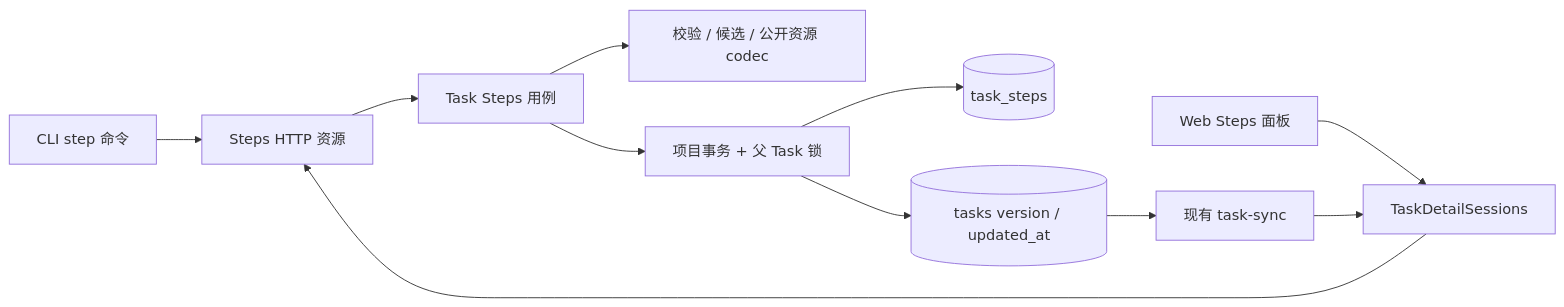
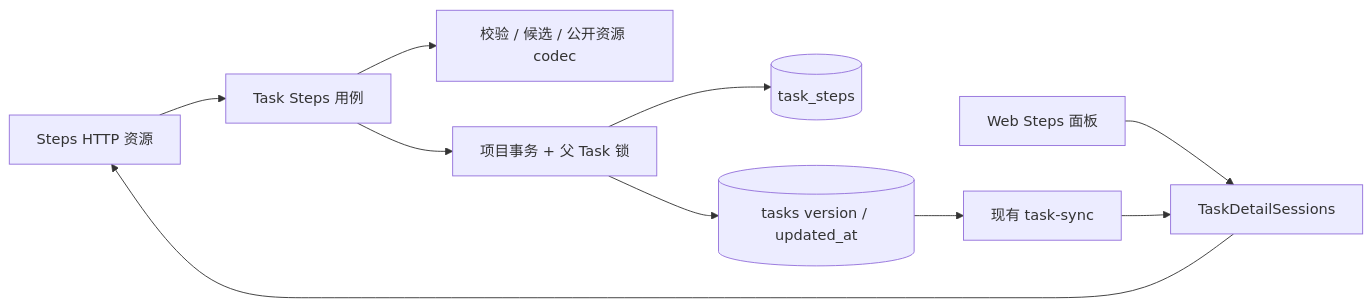
The diagram in docs/design/daynight-task-steps.md (codetreker/daynight), drawn with Mermaid before and after one commit. The commit also changed other lines of this file and 68 other files, not shown here.

First line of the commit message:
Remove CLI Task Steps commands

````diff
--- a/docs/design/daynight-task-steps.md
+++ b/docs/design/daynight-task-steps.md
@@ -27,13 +27,12 @@
 ```mermaid
 flowchart LR
-  CLI[CLI step 命令] --> HTTP[Steps HTTP 资源]
+  HTTP[Steps HTTP 资源] --> Service[Task Steps 用例]
   Web[Web Steps 面板] --> Owner[TaskDetailSessions]
   Owner --> HTTP
-  HTTP --> Service[Task Steps 用例]
   Service --> Pure[校验 / 候选 / 公开资源 codec]
   Service --> Tx[项目事务 + 父 Task 锁]
   Tx --> Rows[(task_steps)]
   Tx --> Parent[(tasks version / updated_at)]
   Parent --> Sync[现有 task-sync]
   Sync --> Owner
 ```
````
